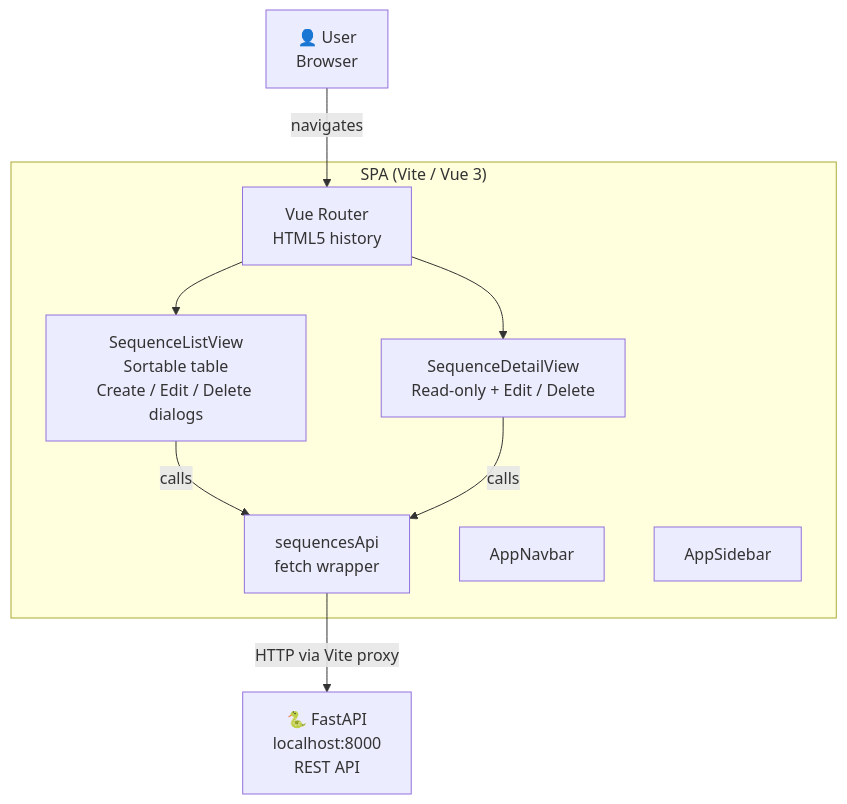
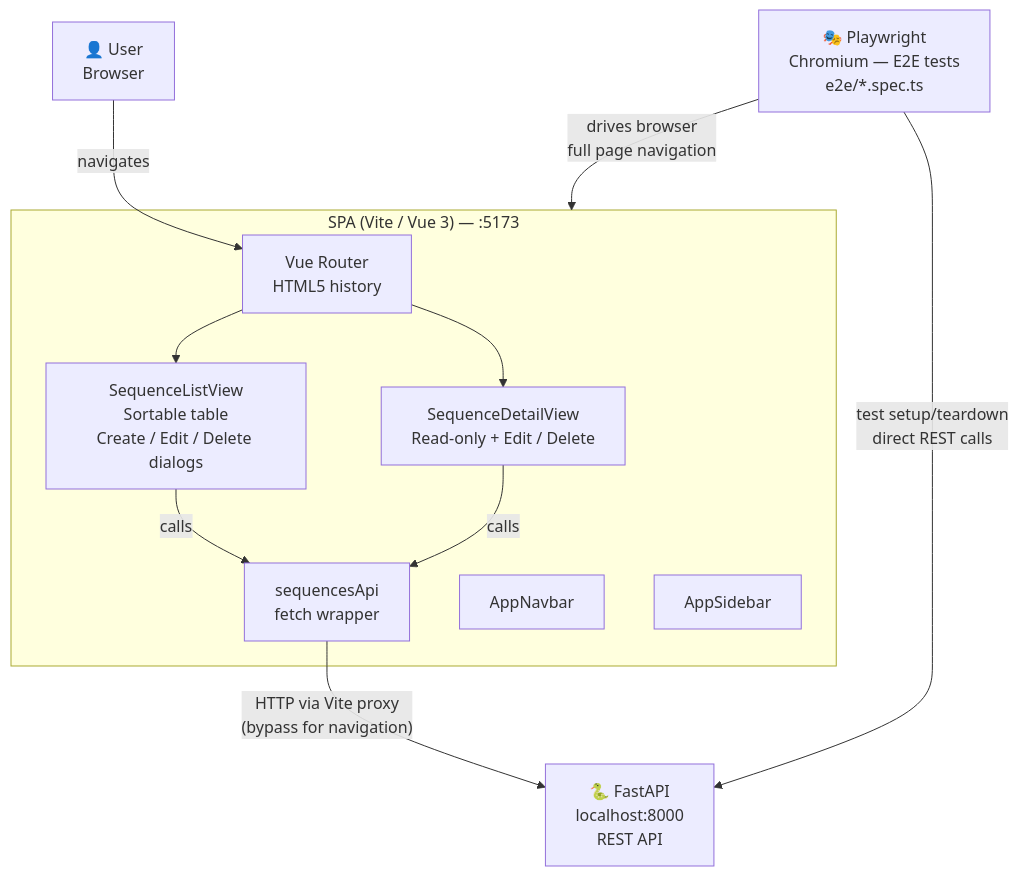
Before and after one commit to dafywinf/python-fastapi-poc: the diagram in docs/frontend.md, drawn with Mermaid. The commit also changed other lines of this file and 21 other files, not shown here.

````diff
--- a/docs/frontend.md
+++ b/docs/frontend.md
@@ -170,22 +213,25 @@
 ```mermaid
 graph TD
     user["👤 User<br/>Browser"]
+    playwright["🎭 Playwright<br/>Chromium — E2E tests<br/>e2e/*.spec.ts"]
 
-    subgraph spa["SPA (Vite / Vue 3)"]
+    subgraph spa["SPA (Vite / Vue 3) — :5173"]
         router["Vue Router<br/>HTML5 history"]
         listview["SequenceListView<br/>Sortable table<br/>Create / Edit / Delete dialogs"]
         detailview["SequenceDetailView<br/>Read-only + Edit / Delete"]
         apiclient["sequencesApi<br/>fetch wrapper"]
         navbar["AppNavbar"]
         sidebar["AppSidebar"]
     end
 
     backend["🐍 FastAPI<br/>localhost:8000<br/>REST API"]
 
     user -->|"navigates"| router
     router --> listview
     router --> detailview
     listview -->|"calls"| apiclient
     detailview -->|"calls"| apiclient
-    apiclient -->|"HTTP via Vite proxy"| backend
+    apiclient -->|"HTTP via Vite proxy<br/>(bypass for navigation)"| backend
+    playwright -->|"drives browser<br/>full page navigation"| spa
+    playwright -->|"test setup/teardown<br/>direct REST calls"| backend
 ```
````
